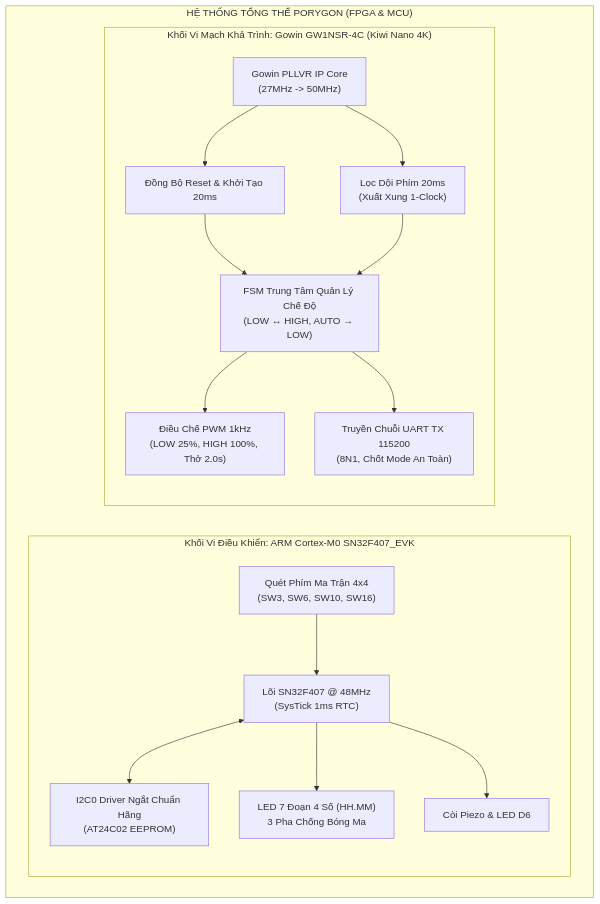
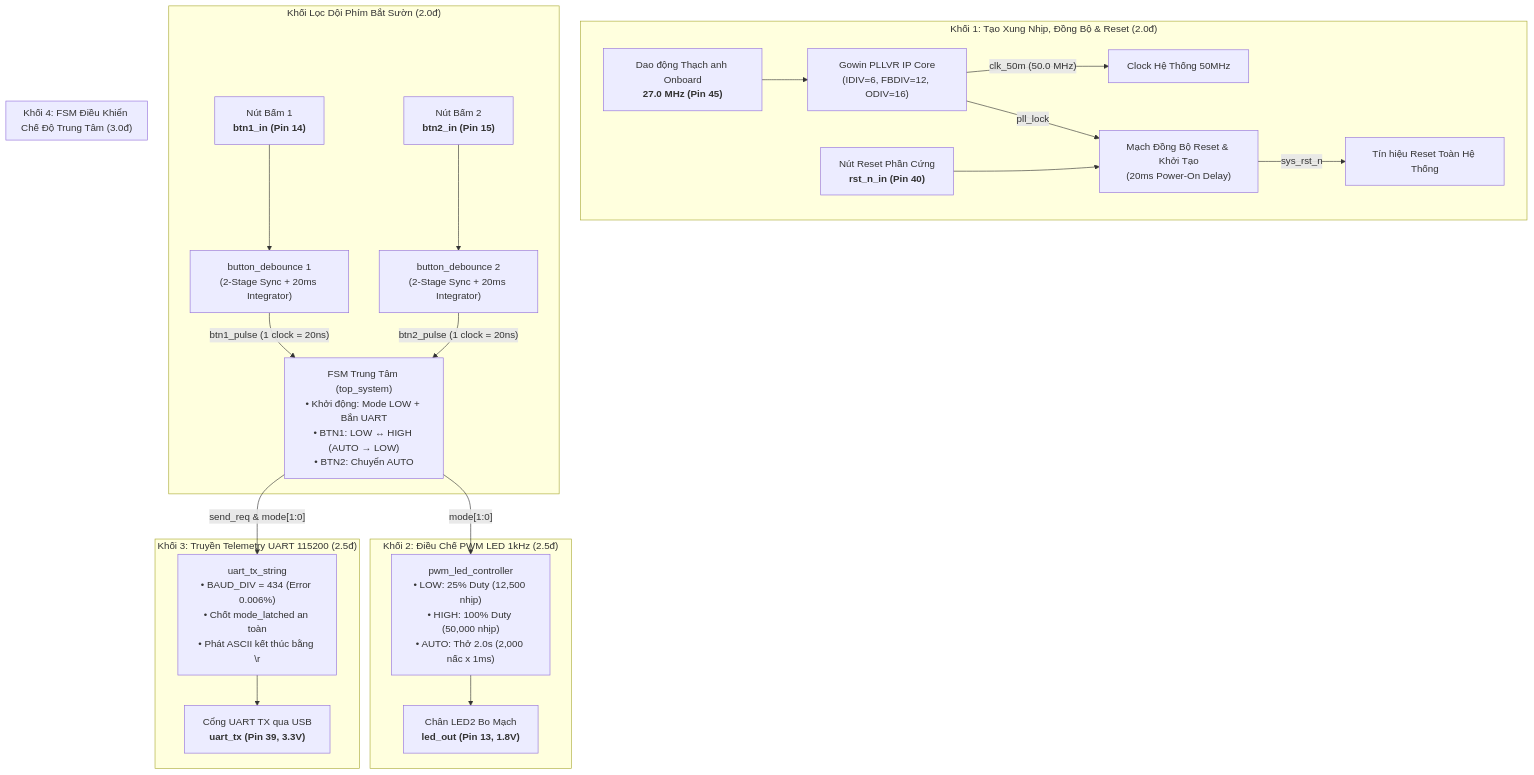
Before and after one commit to zok213/porygon: the first of 3 diagrams in README_VI.md, drawn with Mermaid. The commit also changed other lines of this file and 3 other files, not shown here.

Commit message:
docs(fpga): establish full FPGA architecture specification and issue analysis matching MCU_dev standard

````diff
--- a/README_VI.md
+++ b/README_VI.md
@@ -12,31 +75,31 @@
 ```mermaid
-flowchart TB
-    subgraph SYSTEM["HỆ THỐNG TỔNG THỂ PORYGON (FPGA & MCU)"]
-        subgraph MCU_SYS["Khối Vi Điều Khiển: ARM Cortex-M0 SN32F407_EVK"]
-            MCU_CORE["Lõi SN32F407 @ 48MHz<br>(SysTick 1ms RTC)"]
-            MCU_I2C["I2C0 Driver Ngắt Chuẩn Hãng<br>(AT24C02 EEPROM)"]
-            MCU_DISP["LED 7 Đoạn 4 Số (HH.MM)<br>3 Pha Chống Bóng Ma"]
-            MCU_KEY["Quét Phím Ma Trận 4x4<br>(SW3, SW6, SW10, SW16)"]
-            MCU_BUZZ["Còi Piezo & LED D6"]
-            
-            MCU_CORE <--> MCU_I2C
-            MCU_CORE --> MCU_DISP
-            MCU_KEY --> MCU_CORE
-            MCU_CORE --> MCU_BUZZ
-        end
+flowchart TD
+    subgraph CLOCK_RESET ["Khối 1: Tạo Xung Nhịp, Đồng Bộ & Reset (2.0đ)"]
+        OSC["Dao động Thạch anh Onboard<br><b>27.0 MHz (Pin 45)</b>"] --> PLL["Gowin PLLVR IP Core<br>(IDIV=6, FBDIV=12, ODIV=16)"]
+        PLL -->|"clk_50m (50.0 MHz)"| SYS_CLK["Clock Hệ Thống 50MHz"]
+        PLL -->|"pll_lock"| RST_SYNC["Mạch Đồng Bộ Reset & Khởi Tạo<br>(20ms Power-On Delay)"]
+        RST_PIN["Nút Reset Phần Cứng<br><b>rst_n_in (Pin 40)</b>"] --> RST_SYNC
+        RST_SYNC -->|"sys_rst_n"| CORE_RESET["Tín hiệu Reset Toàn Hệ Thống"]
+    end
 
-        subgraph FPGA_SYS["Khối Vi Mạch Khả Trình: Gowin GW1NSR-4C (Kiwi Nano 4K)"]
-            FPGA_PLL["Gowin PLLVR IP Core<br>(27MHz -> 50MHz)"]
-            FPGA_RST["Đồng Bộ Reset & Khởi Tạo 20ms"]
-            FPGA_DB["Lọc Dội Phím 20ms<br>(Xuất Xung 1-Clock)"]
-            FPGA_FSM["FSM Trung Tâm Quản Lý Chế Độ<br>(LOW ↔ HIGH, AUTO → LOW)"]
-            FPGA_PWM["Điều Chế PWM 1kHz<br>(LOW 25%, HIGH 100%, Thở 2.0s)"]
-            FPGA_UART["Truyền Chuỗi UART TX 115200<br>(8N1, Chốt Mode An Toàn)"]
-            
-            FPGA_PLL --> FPGA_RST --> FPGA_FSM
-            FPGA_PLL --> FPGA_DB --> FPGA_FSM
-            FPGA_FSM --> FPGA_PWM
-            FPGA_FSM --> FPGA_UART
-        end
+    subgraph DEBOUNCERS ["Khối Lọc Dội Phím Bắt Sườn (2.0đ)"]
+        BTN1_PIN["Nút Bấm 1<br><b>btn1_in (Pin 14)</b>"] --> DB1["button_debounce 1<br>(2-Stage Sync + 20ms Integrator)"]
+        BTN2_PIN["Nút Bấm 2<br><b>btn2_in (Pin 15)</b>"] --> DB2["button_debounce 2<br>(2-Stage Sync + 20ms Integrator)"]
+        DB1 -->|"btn1_pulse (1 clock = 20ns)"| FSM
+        DB2 -->|"btn2_pulse (1 clock = 20ns)"| FSM
+    end
+
+    subgraph SUPERVISOR ["Khối 4: FSM Điều Khiển Chế Độ Trung Tâm (3.0đ)"]
+        FSM["FSM Trung Tâm (top_system)<br>• Khởi động: Mode LOW + Bắn UART<br>• BTN1: LOW ↔ HIGH (AUTO → LOW)<br>• BTN2: Chuyển AUTO"]
+    end
+
+    subgraph PWM_BLOCK ["Khối 2: Điều Chế PWM LED 1kHz (2.5đ)"]
+        FSM -->|"mode[1:0]"| PWM["pwm_led_controller<br>• LOW: 25% Duty (12,500 nhịp)<br>• HIGH: 100% Duty (50,000 nhịp)<br>• AUTO: Thở 2.0s (2,000 nấc x 1ms)"]
+        PWM --> LED_PIN["Chân LED2 Bo Mạch<br><b>led_out (Pin 13, 1.8V)</b>"]
+    end
+
+    subgraph UART_BLOCK ["Khối 3: Truyền Telemetry UART 115200 (2.5đ)"]
+        FSM -->|"send_req & mode[1:0]"| UART["uart_tx_string<br>• BAUD_DIV = 434 (Error 0.006%)<br>• Chốt mode_latched an toàn<br>• Phát ASCII kết thúc bằng \r\n"]
+        UART --> TX_PIN["Cổng UART TX qua USB<br><b>uart_tx (Pin 39, 3.3V)</b>"]
     end
 ```
````
